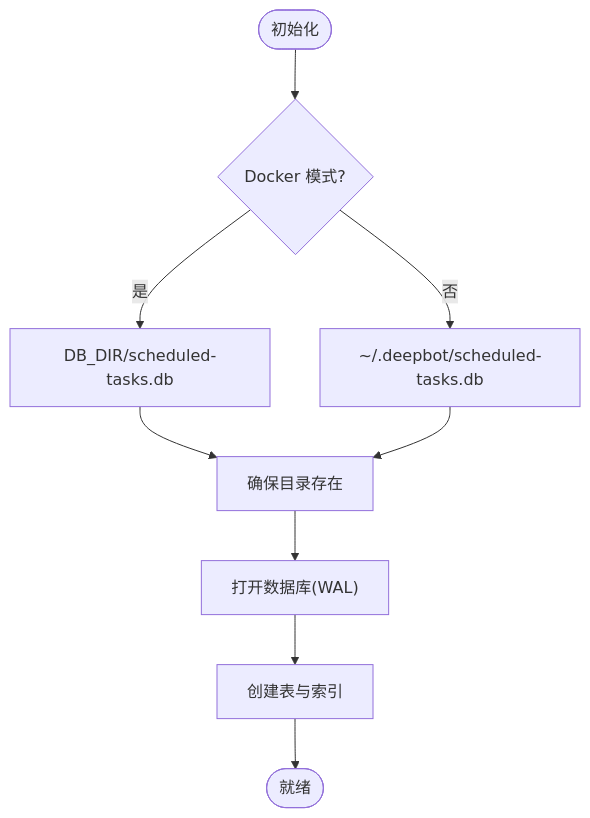
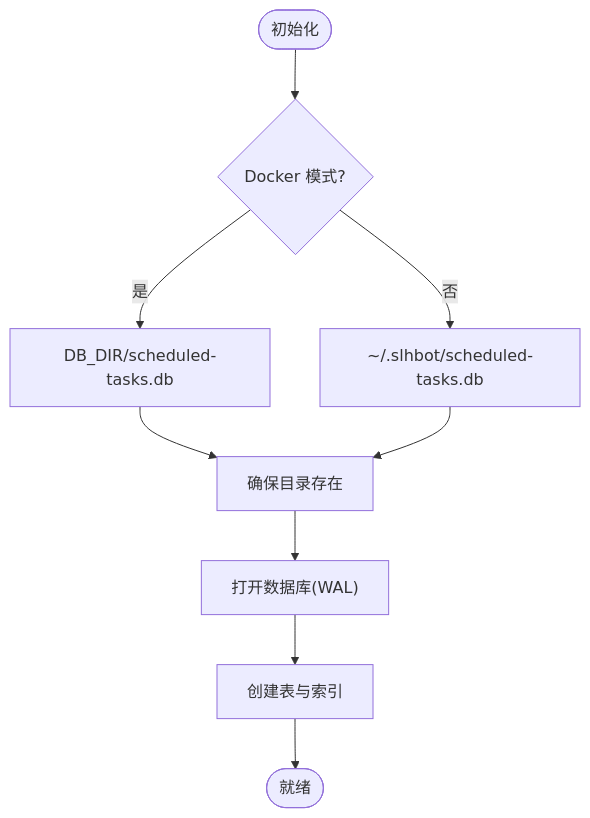
One commit to HEROhuqinchao/deepbot changed the fifth of 6 diagrams in .qoder/repowiki/zh/content/Web 服务器架构/API 路由系统/任务调度 API.md. Above: the diagram before and after it, drawn with Mermaid. The commit also changed other lines of this file and 250 other files, not shown here.

````diff
--- a/.qoder/repowiki/zh/content/Web 服务器架构/API 路由系统/任务调度 API.md
+++ b/.qoder/repowiki/zh/content/Web 服务器架构/API 路由系统/任务调度 API.md
@@ -255,11 +255,11 @@
 ```mermaid
 flowchart TD
 Start(["初始化"]) --> Mode{"Docker 模式?"}
 Mode --> |是| PathDocker["DB_DIR/scheduled-tasks.db"]
-Mode --> |否| PathNormal["~/.deepbot/scheduled-tasks.db"]
+Mode --> |否| PathNormal["~/.slhbot/scheduled-tasks.db"]
 PathDocker --> Ensure["确保目录存在"]
 PathNormal --> Ensure
 Ensure --> Open["打开数据库(WAL)"]
 Open --> Init["创建表与索引"]
 Init --> Ready(["就绪"])
 ```
````
